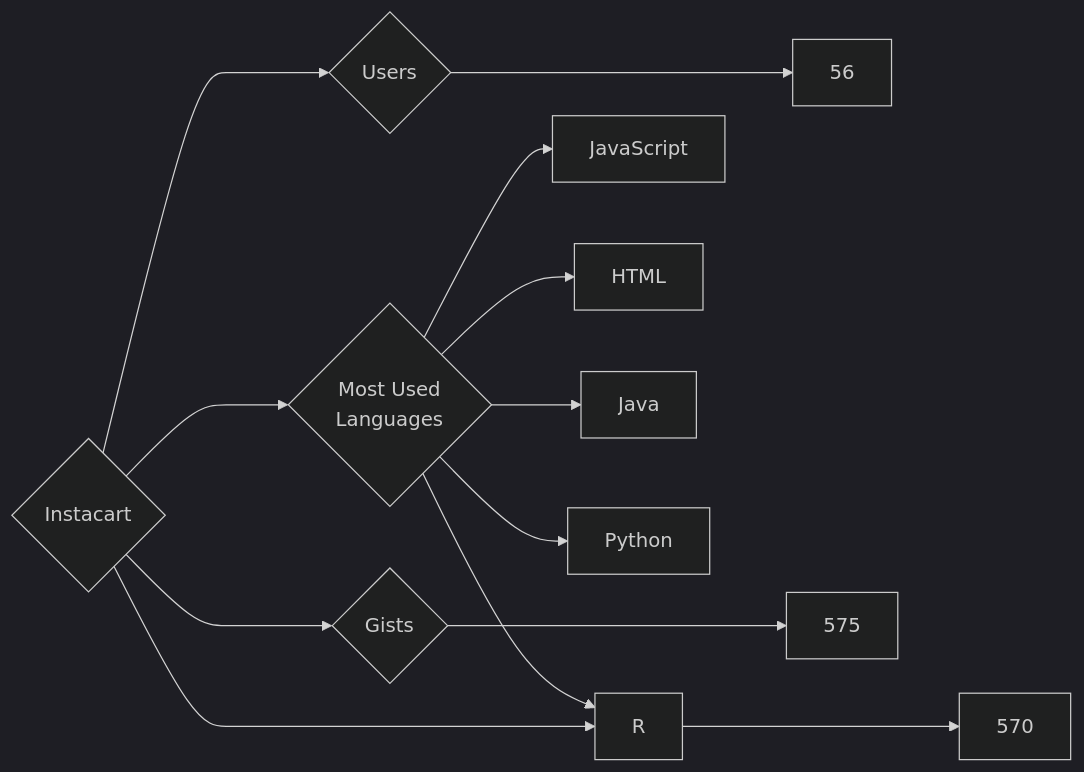
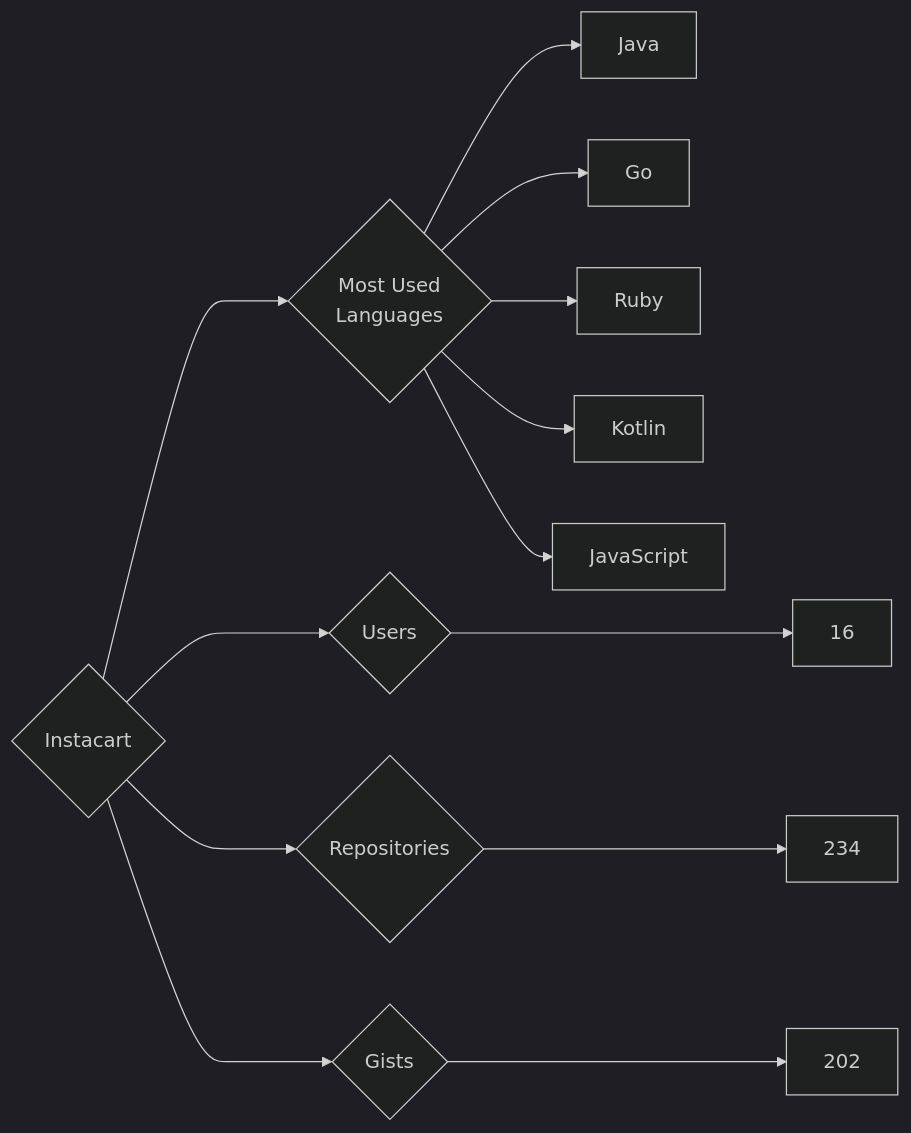
One commit to trickest/insiders changed the diagram in targets/Instacart/README.md. Above: the diagram before and after it, drawn with Mermaid (dark theme). The commit also changed 814 other files, not shown here.

````diff
--- a/targets/Instacart/README.md
+++ b/targets/Instacart/README.md
@@ -3,13 +3,13 @@
 ```mermaid
 graph LR
 COMPANY_NAME{Instacart}
-COMPANY_NAME ---> U{Users} ---> UN[56]
-COMPANY_NAME ---> R{Repositories} ---> RN[570]
-COMPANY_NAME ---> G{Gists} ---> GN[575]
+COMPANY_NAME ---> U{Users} ---> UN[16]
+COMPANY_NAME ---> R{Repositories} ---> RN[234]
+COMPANY_NAME ---> G{Gists} ---> GN[202]
 COMPANY_NAME ---> ML{Most Used<br>Languages}
+ML --> Java[Java]
+ML --> Go[Go]
+ML --> Ruby[Ruby]
+ML --> Kotlin[Kotlin]
 ML --> JavaScript[JavaScript]
-ML --> HTML[HTML]
-ML --> Java[Java]
-ML --> Python[Python]
-ML --> R[R]
 ```
````
